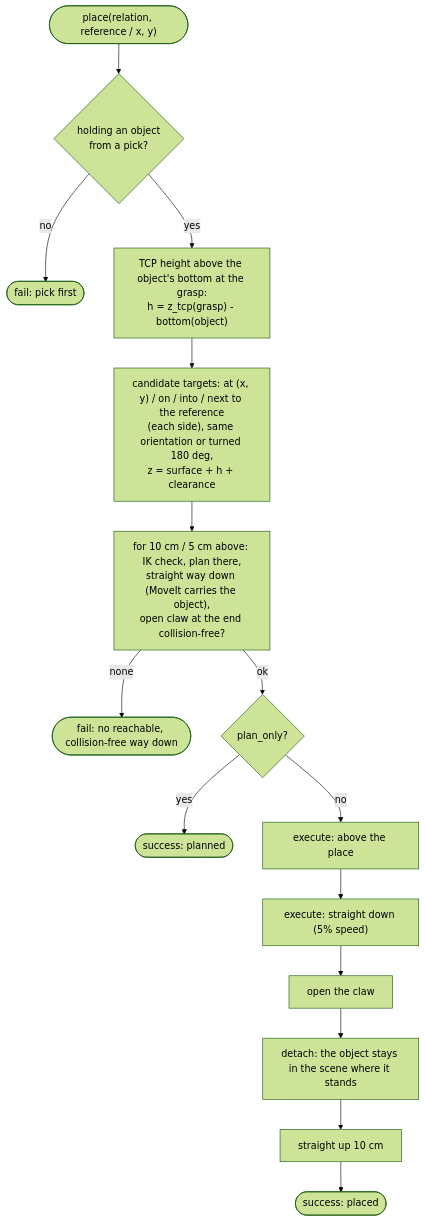
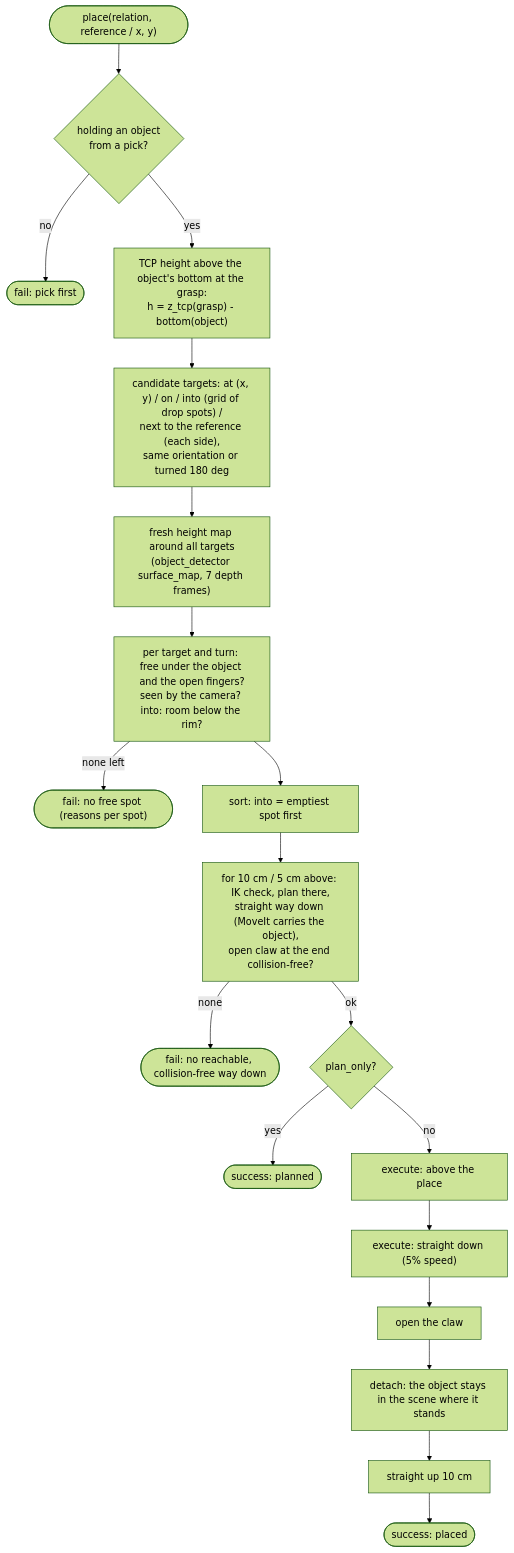
The second of 4 diagrams in docs/pages/06-pick-execution.md (whoobee/qb_arm_install), drawn with Mermaid (forest theme) before and after one commit. The commit also changed other lines of this file and 5 other files, not shown here.

Commit message:
docs: place check (height map, free spots, container fill), mixed-pixel veils, status

````diff
--- a/docs/pages/06-pick-execution.md
+++ b/docs/pages/06-pick-execution.md
@@ -156,14 +160,18 @@
 ```mermaid
 flowchart TB
     S(["place(relation, reference / x, y)"]) --> H{"holding an object<br/>from a pick?"}
     H -- no --> F1(["fail: pick first"])
     H -- yes --> G["TCP height above the object's bottom at the grasp:<br/>h = z_tcp(grasp) - bottom(object)"]
-    G --> T["candidate targets: at (x, y) / on / into / next to the reference<br/>(each side), same orientation or turned 180 deg,<br/>z = surface + h + clearance"]
-    T --> C["for 10 cm / 5 cm above: IK check, plan there,<br/>straight way down (MoveIt carries the object),<br/>open claw at the end collision-free?"]
+    G --> T["candidate targets: at (x, y) / on / into (grid of drop spots) /<br/>next to the reference (each side),<br/>same orientation or turned 180 deg"]
+    T --> HM["fresh height map around all targets<br/>(object_detector surface_map, 7 depth frames)"]
+    HM --> CK["per target and turn: free under the object and the open fingers?<br/>seen by the camera? into: room below the rim?"]
+    CK -- none left --> F3(["fail: no free spot (reasons per spot)"])
+    CK --> SO["sort: into = emptiest spot first"]
+    SO --> C["for 10 cm / 5 cm above: IK check, plan there,<br/>straight way down (MoveIt carries the object),<br/>open claw at the end collision-free?"]
     C -- none --> F2(["fail: no reachable, collision-free way down"])
     C -- ok --> PO{"plan_only?"}
     PO -- yes --> R1(["success: planned"])
     PO -- no --> M1["execute: above the place"] --> M2["execute: straight down (5% speed)"]
     M2 --> O["open the claw"] --> D["detach: the object stays in the scene where it stands"]
     D --> U["straight up 10 cm"] --> R2(["success: placed"])
 ```
````
